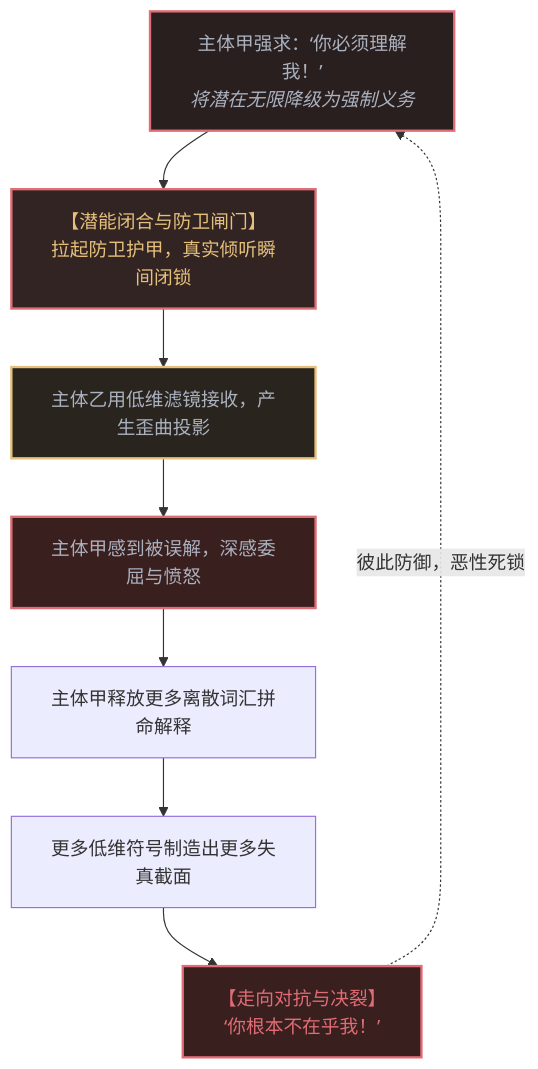
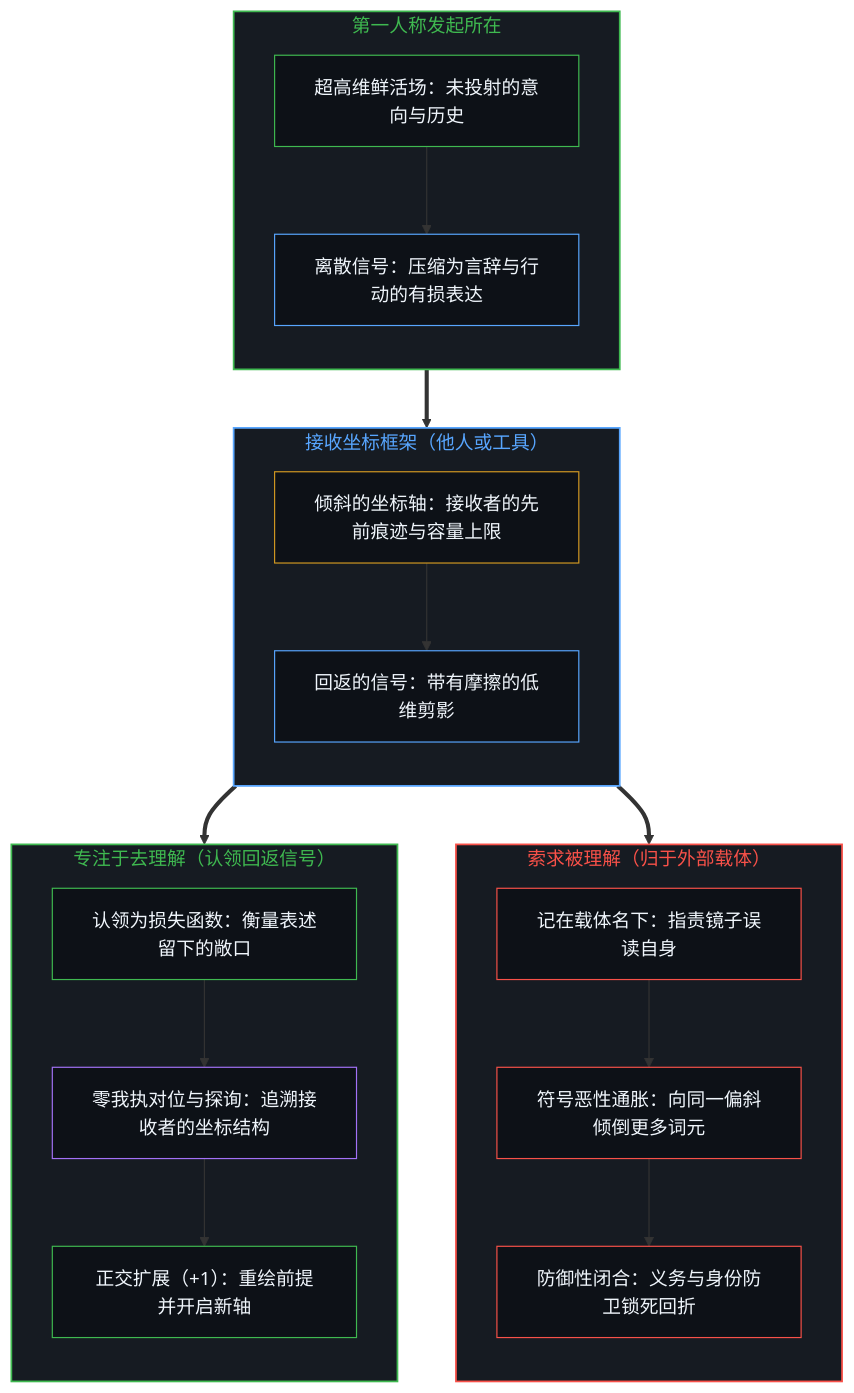
One commit to powerpig99/not-a-toe changed the first of 2 diagrams in content/posts/the-asymmetry-of-understanding.md. Above: the diagram before and after it, drawn with Mermaid. The commit also changed other lines of this file and 7 other files, not shown here.

````diff
--- a/content/posts/the-asymmetry-of-understanding.md
+++ b/content/posts/the-asymmetry-of-understanding.md
@@ -184,24 +45,51 @@
 ```mermaid
-graph TB
-    DemandA["主体甲强求：‘你必须理解我！’<br><i>将潜在无限降级为强制义务</i>"]
-    ObligationTrap["【潜能闭合与防卫闸门】<br>拉起防卫护甲，真实倾听瞬间闭锁"]
-    ProjectionB["主体乙用低维滤镜接收，产生歪曲投影"]
-    HurtA["主体甲感到被误解，深感委屈与愤怒"]
-    EscalateA["主体甲释放更多离散词汇拼命解释"]
-    DistortionB["更多低维符号制造出更多失真截面"]
-    WarZone["【走向对抗与决裂】<br>‘你根本不在乎我！’"]
+flowchart TD
+    subgraph S_Origin["第一人称发起所在"]
+        direction TB
+        M_Edge["超高维鲜活场：未投射的意向与历史"]
+        M_Signal["离散信号：压缩为言辞与行动的有损表达"]
+        M_Edge --> M_Signal
+    end
 
-    DemandA --> ObligationTrap
-    ObligationTrap --> ProjectionB
-    ProjectionB --> HurtA
-    HurtA --> EscalateA
-    EscalateA --> DistortionB
-    DistortionB --> WarZone
-    WarZone -.->|"彼此防御，恶性死锁"| DemandA
+    subgraph S_Screen["接收坐标框架（他人或工具）"]
+        direction TB
+        R_Filter["倾斜的坐标轴：接收者的先前痕迹与容量上限"]
+        R_Slice["回返的信号：带有摩擦的低维剪影"]
+        R_Filter --> R_Slice
+    end
 
-    style DemandA fill:#2a1f1f,stroke:#e06c75,stroke-width:2px,color:#abb2bf
-    style ObligationTrap fill:#332424,stroke:#e06c75,stroke-width:2px,color:#e5c07b
-    style ProjectionB fill:#2a241f,stroke:#e5c07b,stroke-width:2px,color:#abb2bf
-    style HurtA fill:#3a1f1f,stroke:#e06c75,stroke-width:2px,color:#abb2bf
-    style WarZone fill:#3a1f1f,stroke:#e06c75,stroke-width:2px,color:#e06c75
+    subgraph S_Demand["索求被理解（归于外部载体）"]
+        direction TB
+        D_Blame["记在载体名下：指责镜子误读自身"]
+        D_Inflate["符号恶性通胀：向同一偏斜倾倒更多词元"]
+        D_Lock["防御性闭合：义务与身份防卫锁死回折"]
+        D_Blame --> D_Inflate --> D_Lock
+    end
+
+    subgraph S_Understand["专注于去理解（认领回返信号）"]
+        direction TB
+        U_Claim["认领为损失函数：衡量表述留下的敞口"]
+        U_Peer["零我执对位与探询：追溯接收者的坐标结构"]
+        U_Open["正交扩展（+1）：重绘前提并开启新轴"]
+        U_Claim --> U_Peer --> U_Open
+    end
+
+    M_Signal ==> R_Filter
+    R_Slice ==> D_Blame
+    R_Slice ==> U_Claim
+
+    style S_Origin fill:#161b22,stroke:#3fb950,stroke-width:1.5px,color:#3fb950
+    style S_Screen fill:#161b22,stroke:#58a6ff,stroke-width:1.5px,color:#58a6ff
+    style S_Demand fill:#161b22,stroke:#f85149,stroke-width:1.5px,color:#f85149
+    style S_Understand fill:#161b22,stroke:#3fb950,stroke-width:1.5px,color:#3fb950
+    style M_Edge fill:#0d1117,stroke:#3fb950,stroke-width:1px,color:#f0f6fc
+    style M_Signal fill:#0d1117,stroke:#58a6ff,stroke-width:1px,color:#f0f6fc
+    style R_Filter fill:#0d1117,stroke:#d29922,stroke-width:1px,color:#f0f6fc
+    style R_Slice fill:#0d1117,stroke:#58a6ff,stroke-width:1px,color:#f0f6fc
+    style D_Blame fill:#0d1117,stroke:#f85149,stroke-width:1px,color:#f0f6fc
+    style D_Inflate fill:#0d1117,stroke:#f85149,stroke-width:1px,color:#f0f6fc
+    style D_Lock fill:#0d1117,stroke:#f85149,stroke-width:1px,color:#f0f6fc
+    style U_Claim fill:#0d1117,stroke:#3fb950,stroke-width:1px,color:#f0f6fc
+    style U_Peer fill:#0d1117,stroke:#a371f7,stroke-width:1px,color:#f0f6fc
+    style U_Open fill:#0d1117,stroke:#3fb950,stroke-width:1px,color:#f0f6fc
 ```
````
